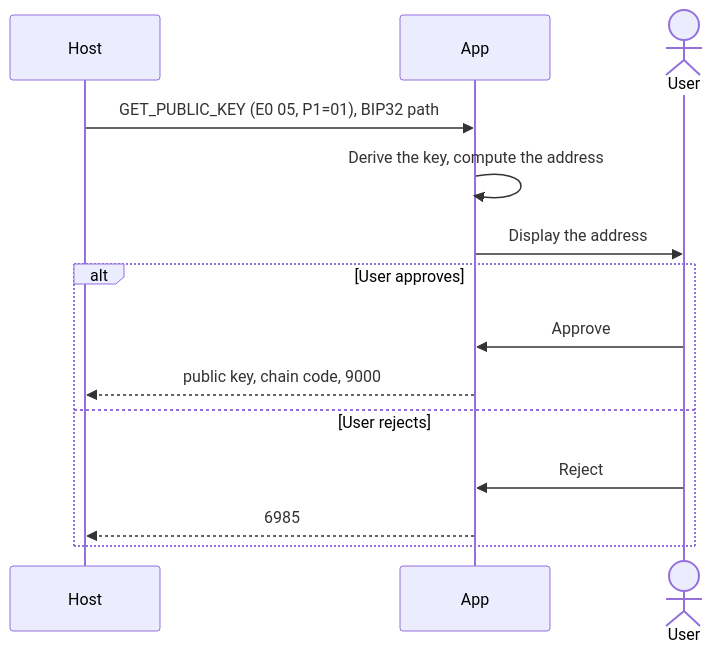
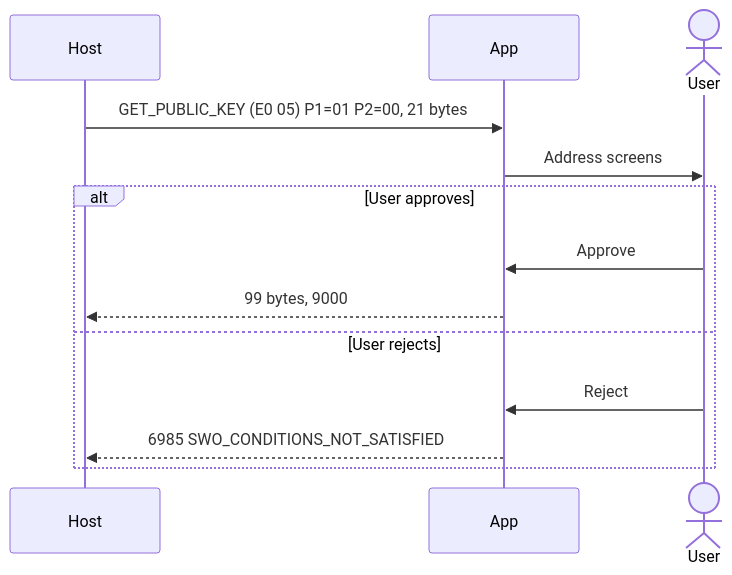
One commit to LedgerHQ/app-boilerplate changed the third of 8 diagrams in doc/FLOWS.md. Above: the diagram before and after it, drawn with Mermaid. The commit also changed other lines of this file and 8 other files, not shown here.

````diff
--- a/doc/FLOWS.md
+++ b/doc/FLOWS.md
@@ -89,17 +83,16 @@
 ```mermaid
 sequenceDiagram
     participant H as Host
     participant A as App
     actor U as User
 
-    H->>A: GET_PUBLIC_KEY (E0 05, P1=01), BIP32 path
-    A->>A: Derive the key, compute the address
-    A->>U: Display the address
+    H->>A: GET_PUBLIC_KEY (E0 05) P1=01 P2=00, 21 bytes
+    A->>U: Address screens
     alt User approves
         U->>A: Approve
-        A-->>H: public key, chain code, 9000
+        A-->>H: 99 bytes, 9000
     else User rejects
         U->>A: Reject
-        A-->>H: 6985
+        A-->>H: 6985 SWO_CONDITIONS_NOT_SATISFIED
     end
 ```
````
